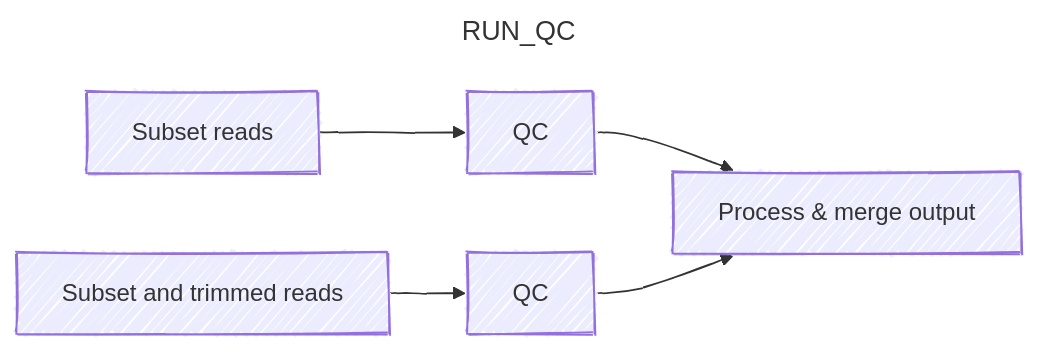
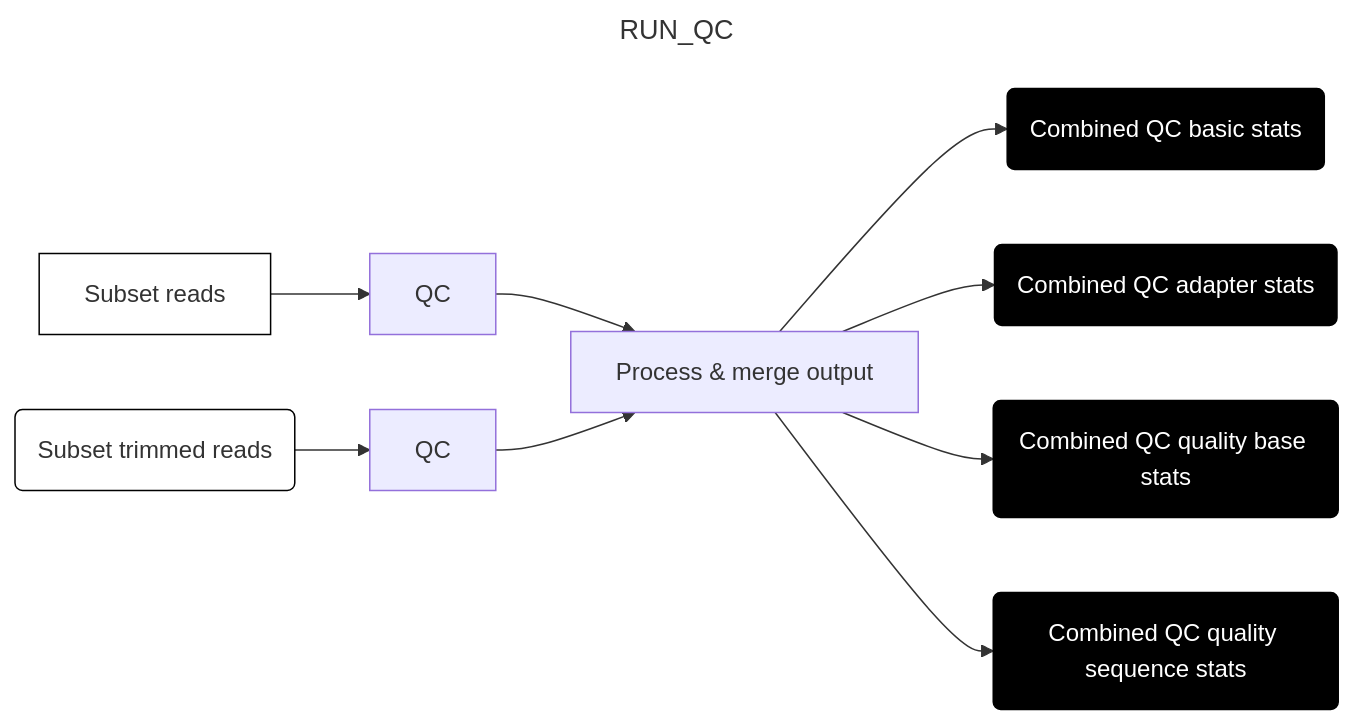
One commit to naobservatory/mgs-workflow changed the eighth of 8 diagrams in docs/run.md. Above: the diagram before and after it, drawn with Mermaid. The commit also changed other lines of this file, not shown here.

````diff
--- a/docs/run.md
+++ b/docs/run.md
@@ -192,13 +282,21 @@
 ```mermaid
 ---
 title: RUN_QC
 config:
   layout: horizontal
-  look: handDrawn
-  theme: default
 ---
 flowchart LR
 A[Subset reads] --> B[QC]
-C[Subset and trimmed reads] --> D[QC]
+C(Subset trimmed reads) --> D[QC]
 B & D --> E[Process & merge output]
+E --> F(Combined QC basic stats)
+E --> G(Combined QC adapter stats)
+E --> H(Combined QC quality base stats)
+E --> I(Combined QC quality sequence stats)
+style A fill:#fff,stroke:#000
+style C fill:#fff,stroke:#000
+style F fill:#000,color:#fff,stroke:#000
+style G fill:#000,color:#fff,stroke:#000
+style H fill:#000,color:#fff,stroke:#000
+style I fill:#000,color:#fff,stroke:#000
 ```
````
